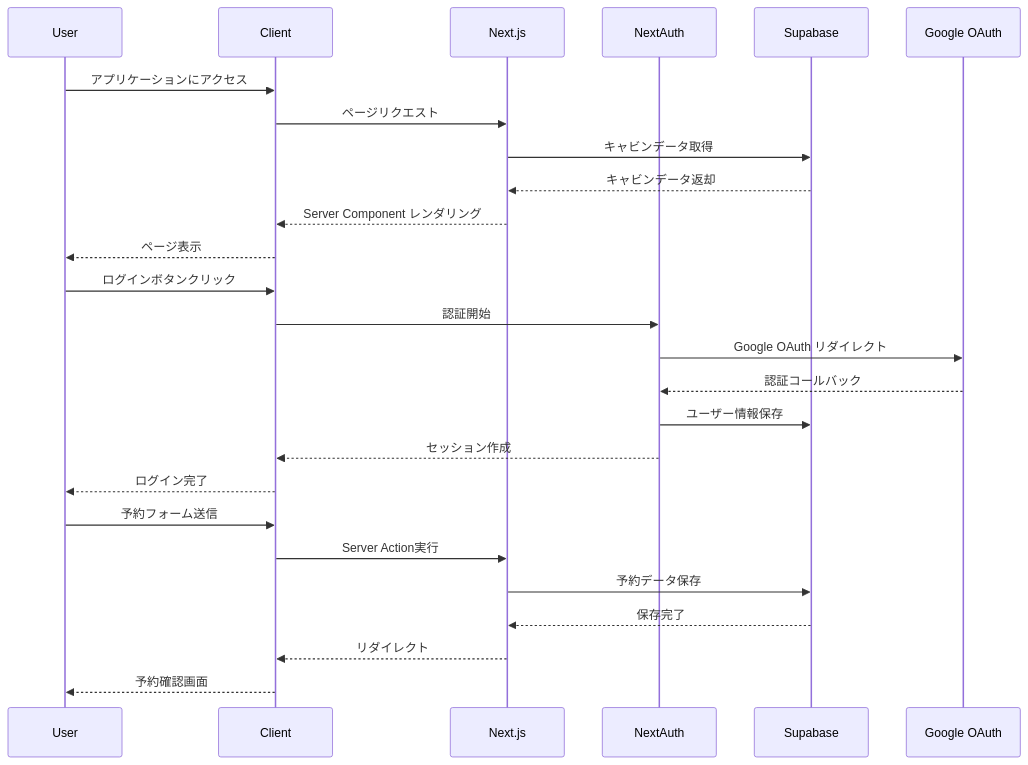
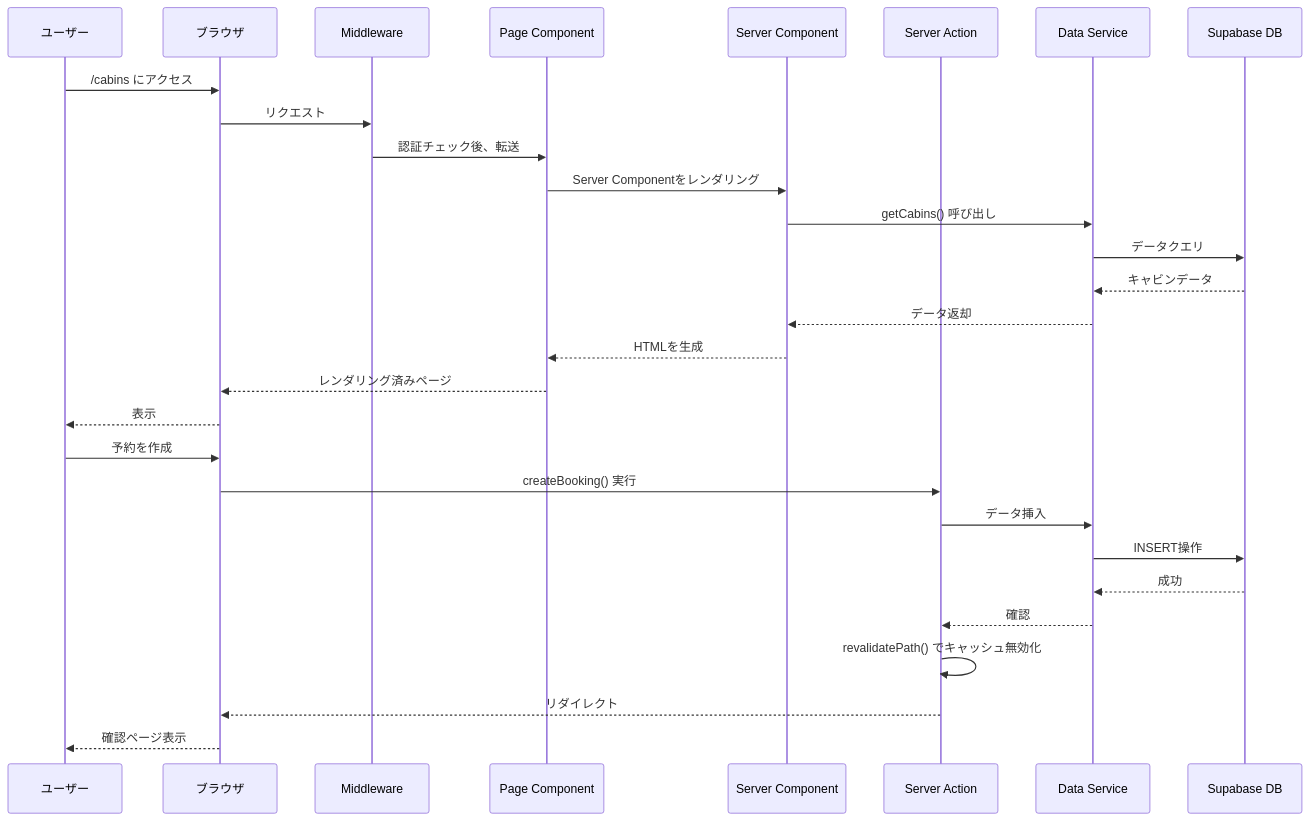
Before and after one commit to myoshi2891/MasterModernReact_NextJs: the second of 12 diagrams in README.md, drawn with Mermaid. The commit also changed other lines of this file, not shown here.

````diff
--- a/README.md
+++ b/README.md
@@ -171,31 +121,33 @@
 ```mermaid
 sequenceDiagram
-    participant U as User
-    participant C as Client
-    participant N as Next.js
-    participant A as NextAuth
-    participant S as Supabase
-    participant G as Google OAuth
-
-    U->>C: アプリケーションにアクセス
-    C->>N: ページリクエスト
-    N->>S: キャビンデータ取得
-    S-->>N: キャビンデータ返却
-    N-->>C: Server Component レンダリング
-    C-->>U: ページ表示
-
-    U->>C: ログインボタンクリック
-    C->>A: 認証開始
-    A->>G: Google OAuth リダイレクト
-    G-->>A: 認証コールバック
-    A->>S: ユーザー情報保存
-    A-->>C: セッション作成
-    C-->>U: ログイン完了
-
-    U->>C: 予約フォーム送信
-    C->>N: Server Action実行
-    N->>S: 予約データ保存
-    S-->>N: 保存完了
-    N-->>C: リダイレクト
-    C-->>U: 予約確認画面
+    participant User as ユーザー
+    participant Browser as ブラウザ
+    participant Middleware as Middleware
+    participant Page as Page Component
+    participant SC as Server Component
+    participant SA as Server Action
+    participant DS as Data Service
+    participant Supabase as Supabase DB
+    
+    User->>Browser: /cabins にアクセス
+    Browser->>Middleware: リクエスト
+    Middleware->>Page: 認証チェック後、転送
+    Page->>SC: Server Componentをレンダリング
+    SC->>DS: getCabins() 呼び出し
+    DS->>Supabase: データクエリ
+    Supabase-->>DS: キャビンデータ
+    DS-->>SC: データ返却
+    SC-->>Page: HTMLを生成
+    Page-->>Browser: レンダリング済みページ
+    Browser-->>User: 表示
+    
+    User->>Browser: 予約を作成
+    Browser->>SA: createBooking() 実行
+    SA->>DS: データ挿入
+    DS->>Supabase: INSERT操作
+    Supabase-->>DS: 成功
+    DS-->>SA: 確認
+    SA->>SA: revalidatePath() でキャッシュ無効化
+    SA-->>Browser: リダイレクト
+    Browser-->>User: 確認ページ表示
 ```
````
